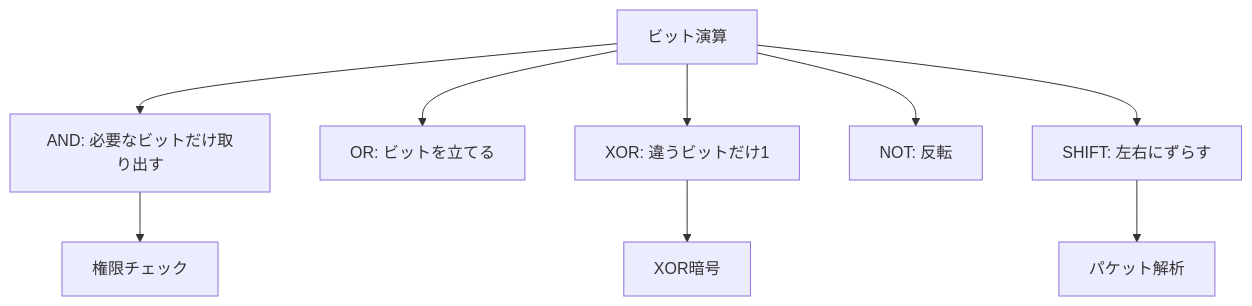
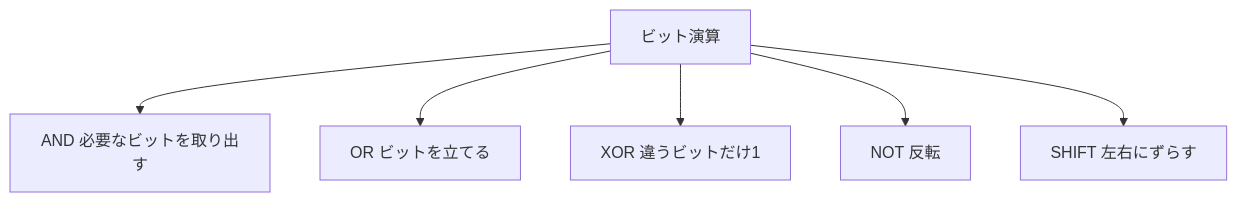
Before and after one commit to Omni-lab26/recon0x-content: the second of 3 diagrams in articles/binary-hex-bitwise/index.mdx, drawn with Mermaid. The commit also changed other lines of this file and 12 other files, not shown here.

````diff
--- a/articles/binary-hex-bitwise/index.mdx
+++ b/articles/binary-hex-bitwise/index.mdx
@@ -67,11 +65,8 @@
 ```mermaid
 flowchart TD
-    A[ビット演算] --> B[AND: 必要なビットだけ取り出す]
-    A --> C[OR: ビットを立てる]
-    A --> D[XOR: 違うビットだけ1]
-    A --> E[NOT: 反転]
-    A --> F[SHIFT: 左右にずらす]
-    B --> G[権限チェック]
-    D --> H[XOR暗号]
-    F --> I[パケット解析]
+    A[ビット演算] --> B[AND 必要なビットを取り出す]
+    A --> C[OR ビットを立てる]
+    A --> D[XOR 違うビットだけ1]
+    A --> E[NOT 反転]
+    A --> F[SHIFT 左右にずらす]
 ```
````
